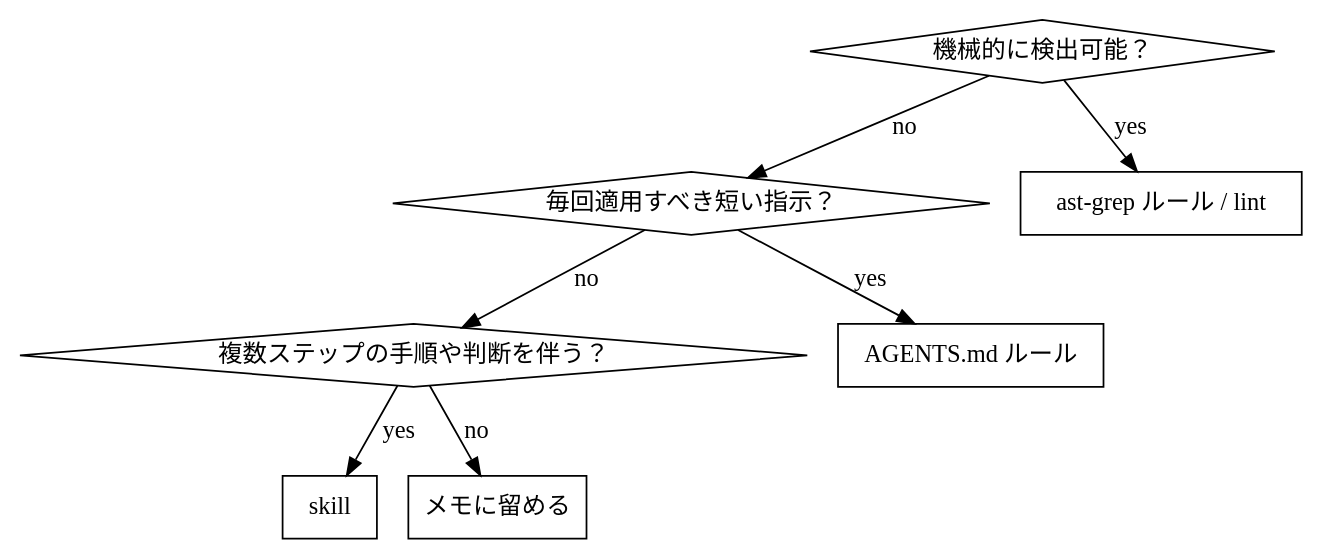
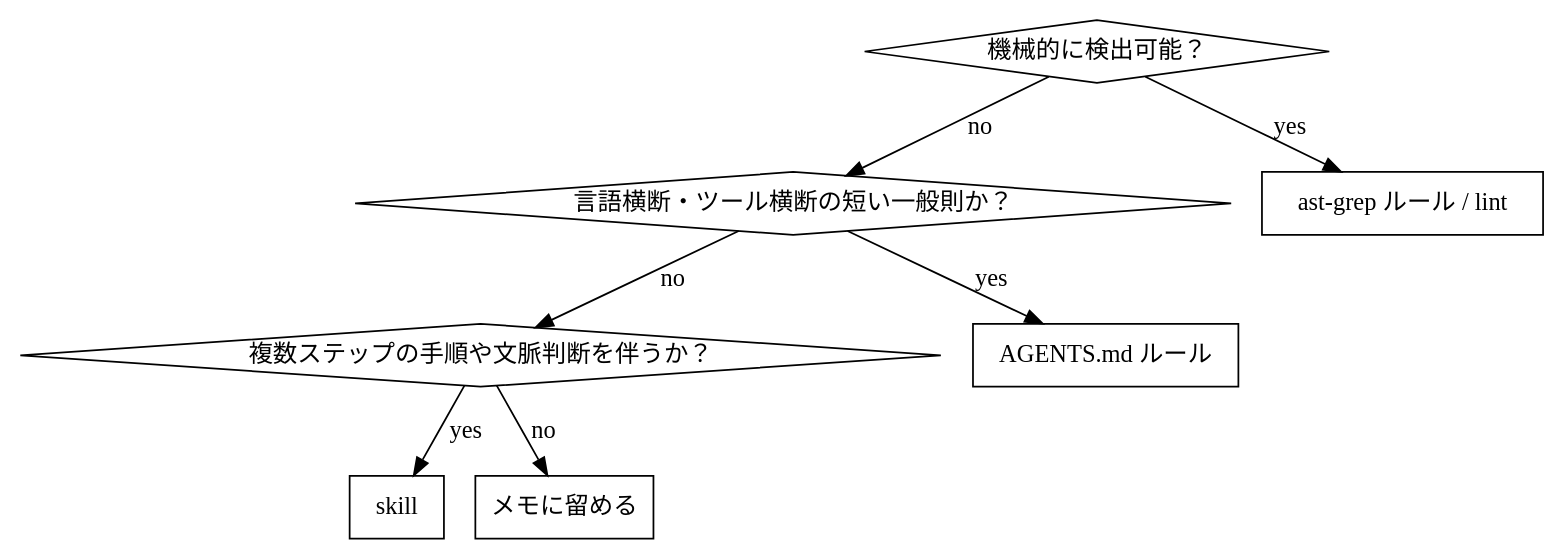
Before and after one commit to ZenkakuHiragana/my-chezmoi-config: the diagram in dot_config/opencode/skills/retrospective-codify/SKILL.md, drawn with Graphviz. The commit also changed other lines of this file and 12 other files, not shown here.

````diff
--- a/dot_config/opencode/skills/retrospective-codify/SKILL.md
+++ b/dot_config/opencode/skills/retrospective-codify/SKILL.md
@@ -58,18 +67,18 @@
 ```dot
 digraph classify {
     "機械的に検出可能？" [shape=diamond];
-    "毎回適用すべき短い指示？" [shape=diamond];
-    "複数ステップの手順や判断を伴う？" [shape=diamond];
+    "言語横断・ツール横断の短い一般則か？" [shape=diamond];
+    "複数ステップの手順や文脈判断を伴うか？" [shape=diamond];
     "ast-grep ルール / lint" [shape=box];
     "AGENTS.md ルール" [shape=box];
     "skill" [shape=box];
     "メモに留める" [shape=box];
 
     "機械的に検出可能？" -> "ast-grep ルール / lint" [label="yes"];
-    "機械的に検出可能？" -> "毎回適用すべき短い指示？" [label="no"];
-    "毎回適用すべき短い指示？" -> "AGENTS.md ルール" [label="yes"];
-    "毎回適用すべき短い指示？" -> "複数ステップの手順や判断を伴う？" [label="no"];
-    "複数ステップの手順や判断を伴う？" -> "skill" [label="yes"];
-    "複数ステップの手順や判断を伴う？" -> "メモに留める" [label="no"];
+    "機械的に検出可能？" -> "言語横断・ツール横断の短い一般則か？" [label="no"];
+    "言語横断・ツール横断の短い一般則か？" -> "AGENTS.md ルール" [label="yes"];
+    "言語横断・ツール横断の短い一般則か？" -> "複数ステップの手順や文脈判断を伴うか？" [label="no"];
+    "複数ステップの手順や文脈判断を伴うか？" -> "skill" [label="yes"];
+    "複数ステップの手順や文脈判断を伴うか？" -> "メモに留める" [label="no"];
 }
 ```
````
